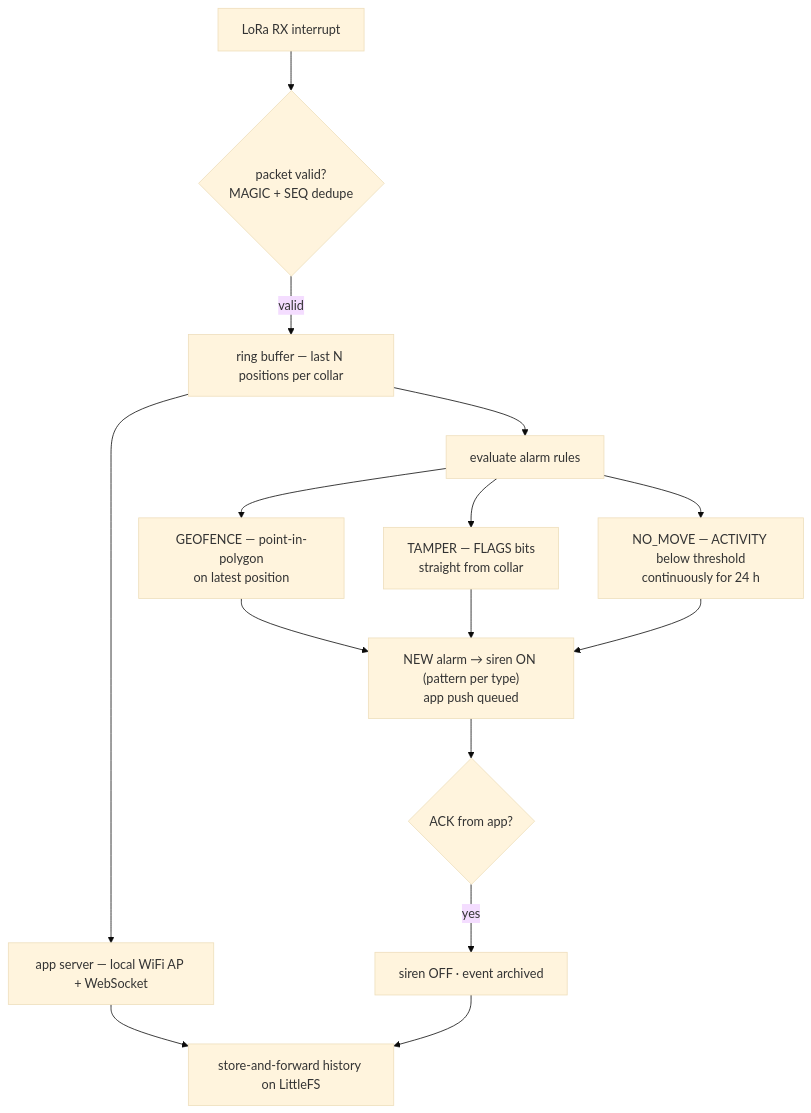
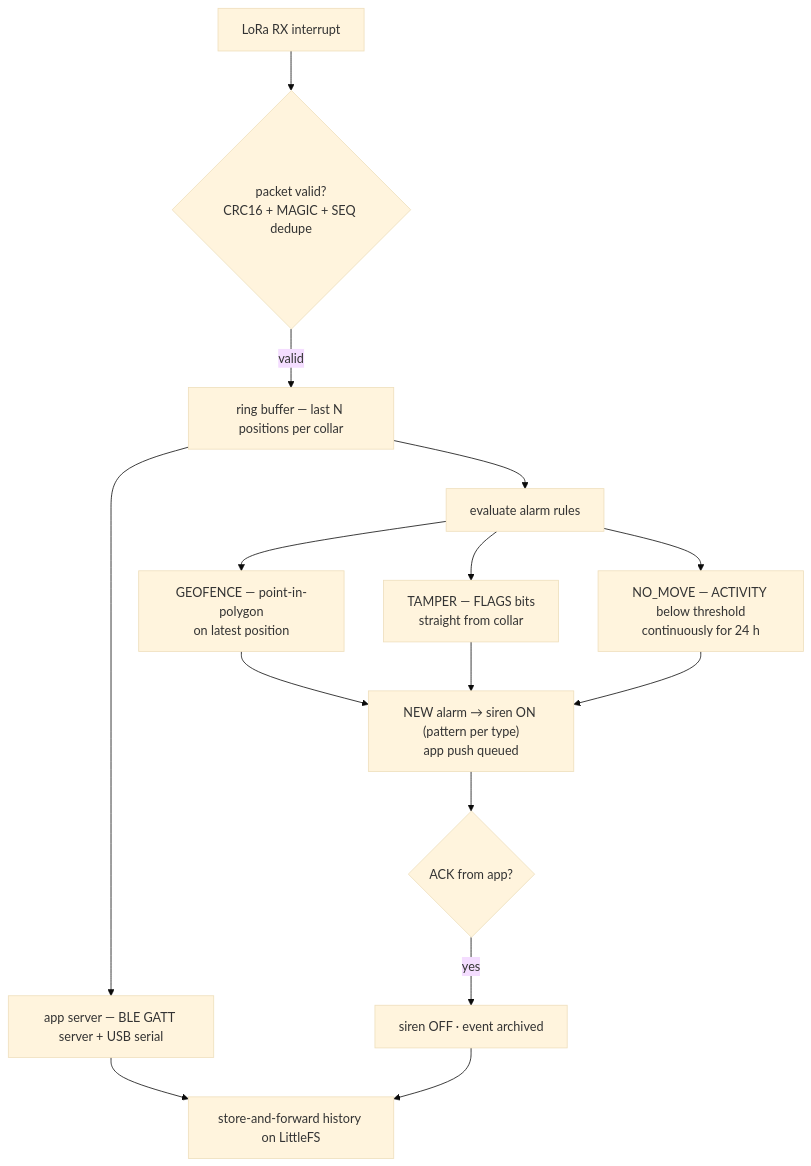
The second of 2 diagrams in docs/FIRMWARE.md (qppd/smart-collar), drawn with Mermaid (base theme) before and after one commit. The commit also changed other lines of this file and 17 other files, not shown here.

First line of the commit message:
Docs: complete offline-first build guide with wiring diagram and Map Pack

````diff
--- a/docs/FIRMWARE.md
+++ b/docs/FIRMWARE.md
@@ -104,17 +143,17 @@
 ```mermaid
 flowchart TB
-    RXINT["LoRa RX interrupt"] --> VAL{"packet valid?<br/>MAGIC + SEQ dedupe"}
+    RXINT["LoRa RX interrupt"] --> VAL{"packet valid?<br/>CRC16 + MAGIC + SEQ dedupe"}
     VAL -- "valid" --> RING["ring buffer — last N positions per collar"]
     RING --> RULES["evaluate alarm rules"]
     RULES --> GEO["GEOFENCE — point-in-polygon<br/>on latest position"]
     RULES --> TMP["TAMPER — FLAGS bits<br/>straight from collar"]
     RULES --> NMV["NO_MOVE — ACTIVITY below threshold<br/>continuously for 24 h"]
     GEO --> ALARM["NEW alarm → siren ON (pattern per type)<br/>app push queued"]
     TMP --> ALARM
     NMV --> ALARM
     ALARM --> ACK{"ACK from app?"}
     ACK -- "yes" --> OFF["siren OFF · event archived"]
-    RING --> SRV["app server — local WiFi AP + WebSocket"]
+    RING --> SRV["app server — BLE GATT server + USB serial"]
     SRV --> HIST["store-and-forward history on LittleFS"]
     OFF --> HIST
 ```
````
